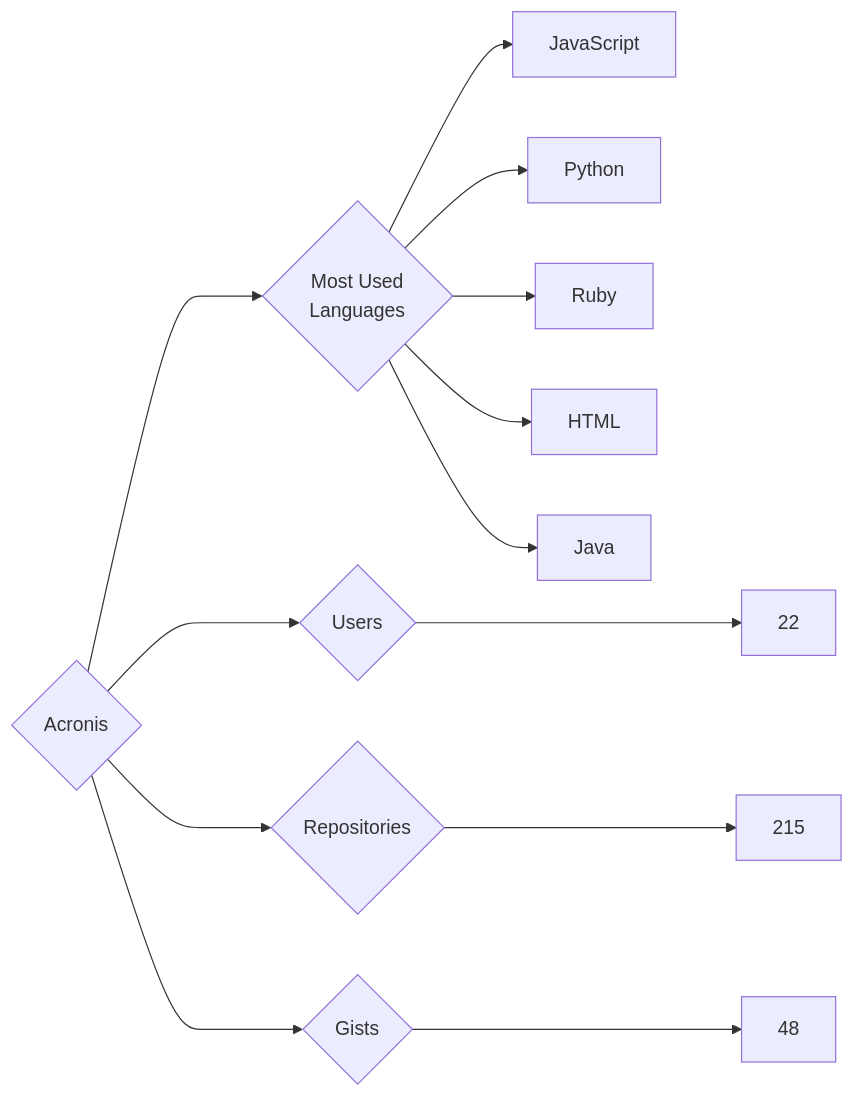
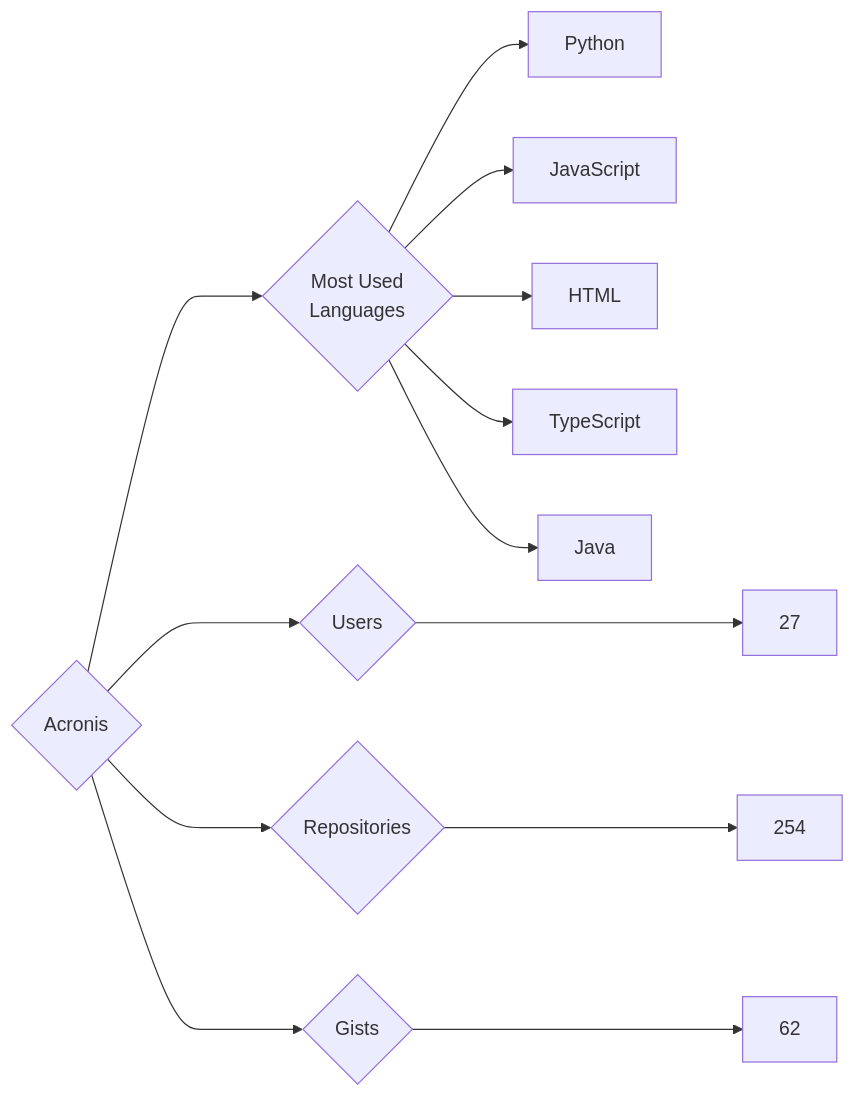
One commit to trickest/insiders changed the diagram in targets/Acronis/README.md. Above: the diagram before and after it, drawn with Mermaid. The commit also changed 699 other files, not shown here.

````diff
--- a/targets/Acronis/README.md
+++ b/targets/Acronis/README.md
@@ -3,13 +3,13 @@
 ```mermaid
 graph LR
 COMPANY_NAME{Acronis}
-COMPANY_NAME ---> U{Users} ---> UN[22]
-COMPANY_NAME ---> R{Repositories} ---> RN[215]
-COMPANY_NAME ---> G{Gists} ---> GN[48]
+COMPANY_NAME ---> U{Users} ---> UN[27]
+COMPANY_NAME ---> R{Repositories} ---> RN[254]
+COMPANY_NAME ---> G{Gists} ---> GN[62]
 COMPANY_NAME ---> ML{Most Used<br>Languages}
+ML --> Python[Python]
 ML --> JavaScript[JavaScript]
-ML --> Python[Python]
-ML --> Ruby[Ruby]
 ML --> HTML[HTML]
+ML --> TypeScript[TypeScript]
 ML --> Java[Java]
 ```
````
